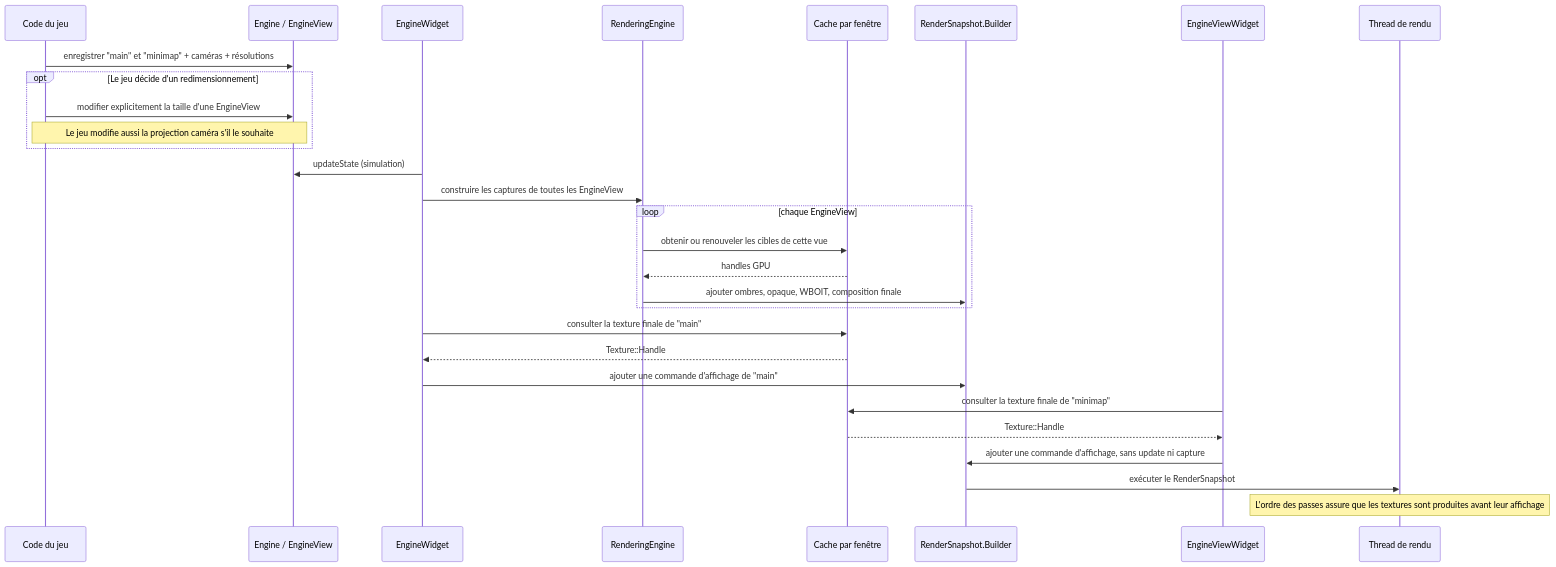
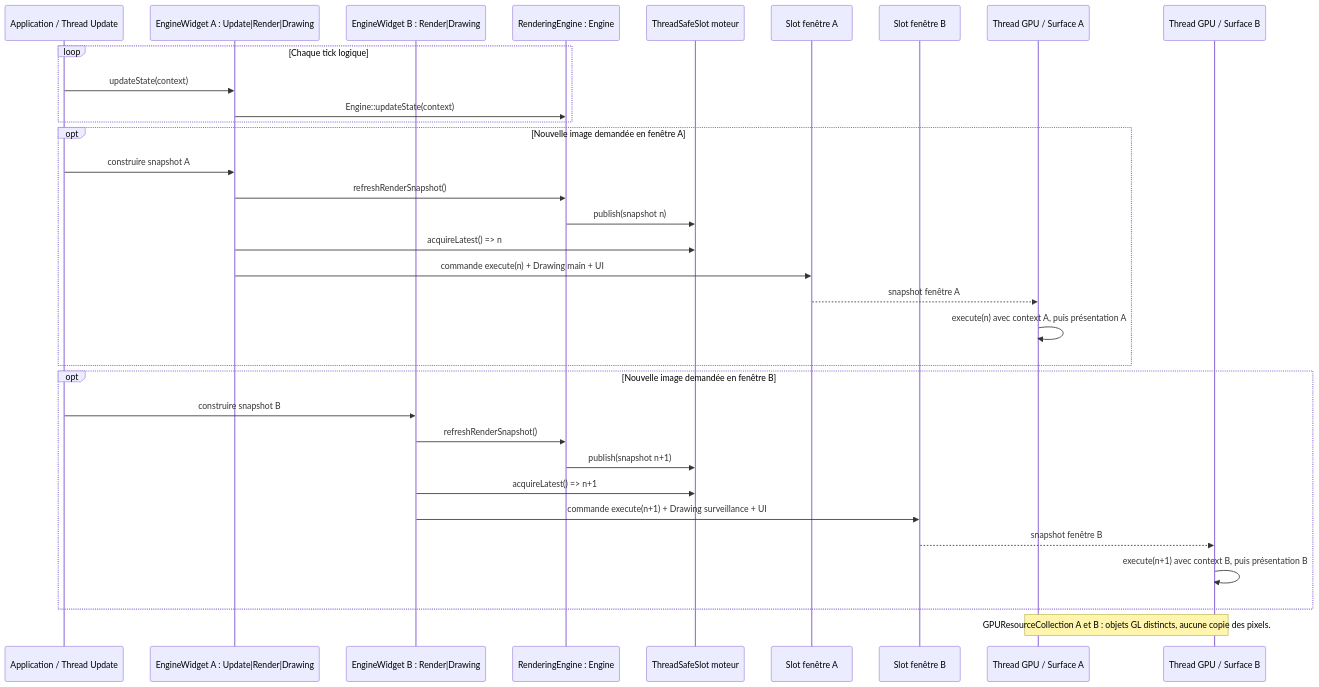
The eighth of 10 diagrams in docs/voxel-engine-v0.1.4-specification.md (EreliaStudio/Sparkle), drawn with Mermaid before and after one commit. The commit also changed other lines of this file, not shown here.

Commit message:
docs(v0.1.4): reconcile rendering inheritance, view lifetimes, multiwindow rendering and snapshot sequences

````diff
--- a/docs/voxel-engine-v0.1.4-specification.md
+++ b/docs/voxel-engine-v0.1.4-specification.md
@@ -665,31 +696,35 @@
 ```mermaid
 sequenceDiagram
-  participant Game as Code du jeu
-  participant Engine as Engine / EngineView
-  participant Owner as EngineWidget
-  participant Render as RenderingEngine
-  participant Cache as Cache par fenêtre
-  participant Builder as RenderSnapshot.Builder
-  participant Viewer as EngineViewWidget
-  participant GPU as Thread de rendu
-  Game->>Engine: enregistrer "main" et "minimap" + caméras + résolutions
-  opt Le jeu décide d'un redimensionnement
-    Game->>Engine: modifier explicitement la taille d'une EngineView
-    Note over Game,Engine: Le jeu modifie aussi la projection caméra s'il le souhaite
+  participant U as Application / Thread Update
+  participant A as EngineWidget A : Update|Render|Drawing
+  participant B as EngineWidget B : Render|Drawing
+  participant E as RenderingEngine : Engine
+  participant S as ThreadSafeSlot moteur
+  participant SA as Slot fenêtre A
+  participant SB as Slot fenêtre B
+  participant GA as Thread GPU / Surface A
+  participant GB as Thread GPU / Surface B
+  loop Chaque tick logique
+    U->>A: updateState(context)
+    A->>E: Engine::updateState(context)
   end
-  Owner->>Engine: updateState (simulation)
-  Owner->>Render: construire les captures de toutes les EngineView
-  loop chaque EngineView
-    Render->>Cache: obtenir ou renouveler les cibles de cette vue
-    Cache-->>Render: handles GPU
-    Render->>Builder: ajouter ombres, opaque, WBOIT, composition finale
+  opt Nouvelle image demandée en fenêtre A
+    U->>A: construire snapshot A
+    A->>E: refreshRenderSnapshot()
+    E->>S: publish(snapshot n)
+    A->>S: acquireLatest() => n
+    A->>SA: commande execute(n) + Drawing main + UI
+    SA-->>GA: snapshot fenêtre A
+    GA->>GA: execute(n) avec context A, puis présentation A
   end
-  Owner->>Cache: consulter la texture finale de "main"
-  Cache-->>Owner: Texture::Handle
-  Owner->>Builder: ajouter une commande d'affichage de "main"
-  Viewer->>Cache: consulter la texture finale de "minimap"
-  Cache-->>Viewer: Texture::Handle
-  Viewer->>Builder: ajouter une commande d'affichage, sans update ni capture
-  Builder->>GPU: exécuter le RenderSnapshot
-  Note over GPU: L'ordre des passes assure que les textures sont produites avant leur affichage
+  opt Nouvelle image demandée en fenêtre B
+    U->>B: construire snapshot B
+    B->>E: refreshRenderSnapshot()
+    E->>S: publish(snapshot n+1)
+    B->>S: acquireLatest() => n+1
+    B->>SB: commande execute(n+1) + Drawing surveillance + UI
+    SB-->>GB: snapshot fenêtre B
+    GB->>GB: execute(n+1) avec context B, puis présentation B
+  end
+  Note over GA,GB: GPUResourceCollection A et B : objets GL distincts, aucune copie des pixels.
 ```
````
